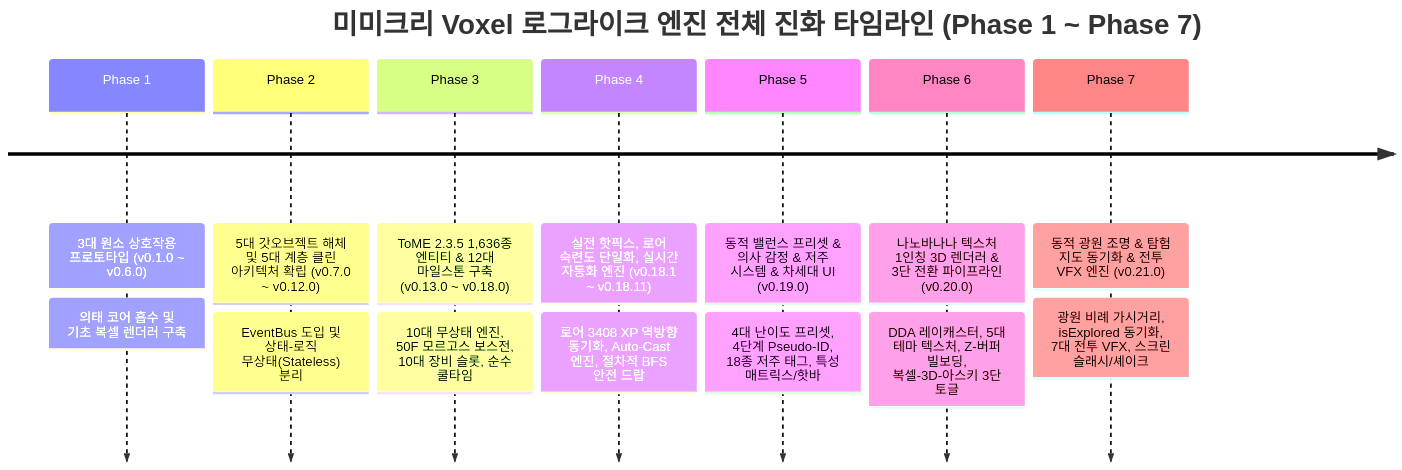
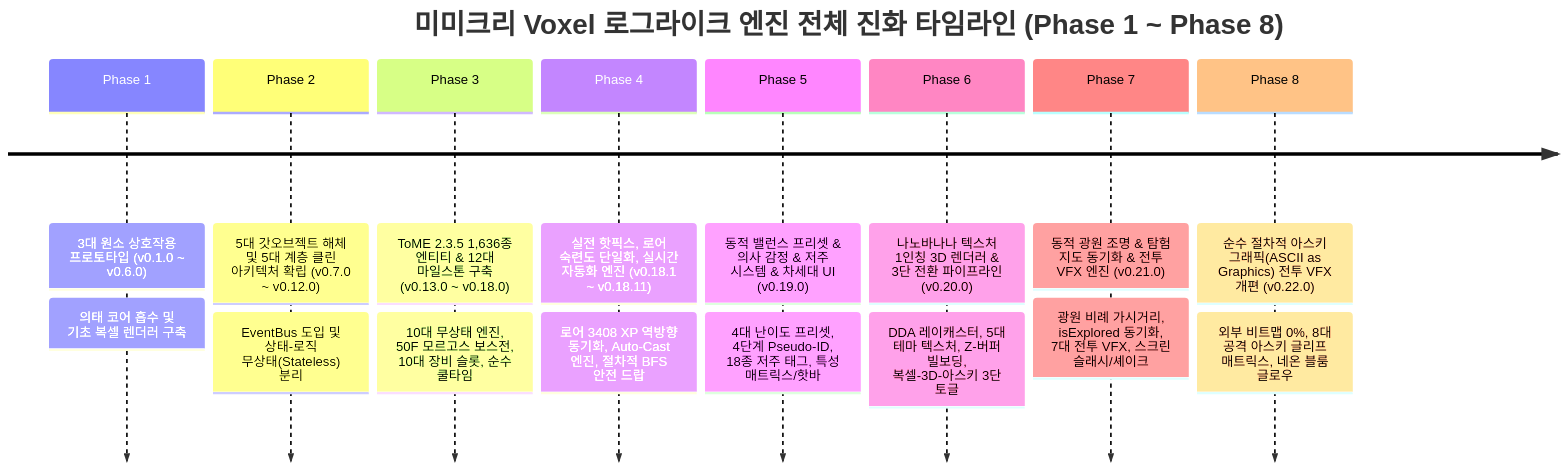
Before and after one commit to loverspath/mimicry_voxel: the diagram in DEVELOPMENT_LOG.md, drawn with Mermaid. The commit also changed other lines of this file and 9 other files, not shown here.

````diff
--- a/DEVELOPMENT_LOG.md
+++ b/DEVELOPMENT_LOG.md
@@ -20,18 +20,20 @@
 ```mermaid
 timeline
-    title 미미크리 Voxel 로그라이크 엔진 전체 진화 타임라인 (Phase 1 ~ Phase 7)
+    title 미미크리 Voxel 로그라이크 엔진 전체 진화 타임라인 (Phase 1 ~ Phase 8)
     Phase 1 : 3대 원소 상호작용 프로토타입 (v0.1.0 ~ v0.6.0)
             : 의태 코어 흡수 및 기초 복셀 렌더러 구축
     Phase 2 : 5대 갓오브젝트 해체 및 5대 계층 클린 아키텍처 확립 (v0.7.0 ~ v0.12.0)
             : EventBus 도입 및 상태-로직 무상태(Stateless) 분리
     Phase 3 : ToME 2.3.5 1,636종 엔티티 & 12대 마일스톤 구축 (v0.13.0 ~ v0.18.0)
             : 10대 무상태 엔진, 50F 모르고스 보스전, 10대 장비 슬롯, 순수 쿨타임
     Phase 4 : 실전 핫픽스, 로어 숙련도 단일화, 실시간 자동화 엔진 (v0.18.1 ~ v0.18.11)
             : 로어 3408 XP 역방향 동기화, Auto-Cast 엔진, 절차적 BFS 안전 드랍
     Phase 5 : 동적 밸런스 프리셋 & 의사 감정 & 저주 시스템 & 차세대 UI (v0.19.0)
             : 4대 난이도 프리셋, 4단계 Pseudo-ID, 18종 저주 태그, 특성 매트릭스/핫바
     Phase 6 : 나노바나나 텍스처 1인칭 3D 렌더러 & 3단 전환 파이프라인 (v0.20.0)
             : DDA 레이캐스터, 5대 테마 텍스처, Z-버퍼 빌보딩, 복셀-3D-아스키 3단 토글
     Phase 7 : 동적 광원 조명 & 탐험 지도 동기화 & 전투 VFX 엔진 (v0.21.0)
             : 광원 비례 가시거리, isExplored 동기화, 7대 전투 VFX, 스크린 슬래시/셰이크
+    Phase 8 : 순수 절차적 아스키 그래픽(ASCII as Graphics) 전투 VFX 개편 (v0.22.0)
+            : 외부 비트맵 0%, 8대 공격 아스키 글리프 매트릭스, 네온 블룸 글로우
 ```
````
